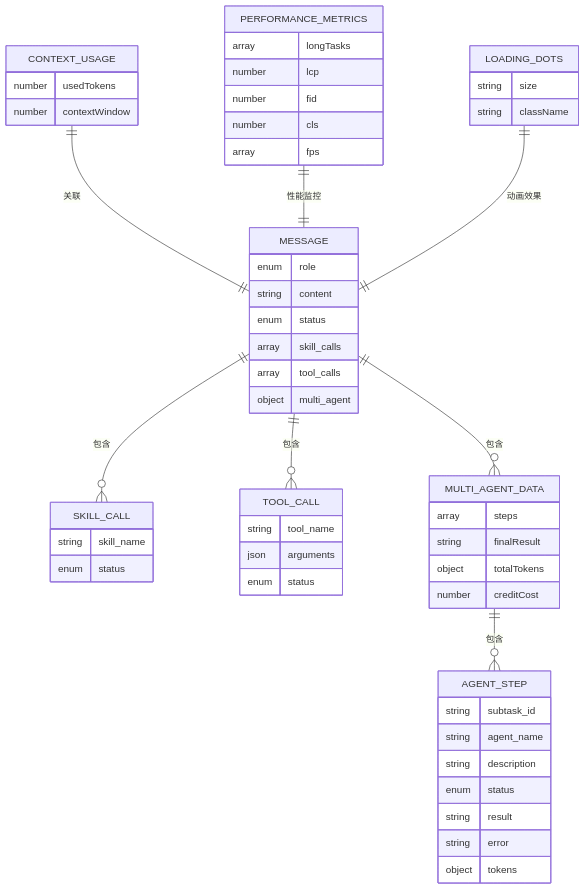
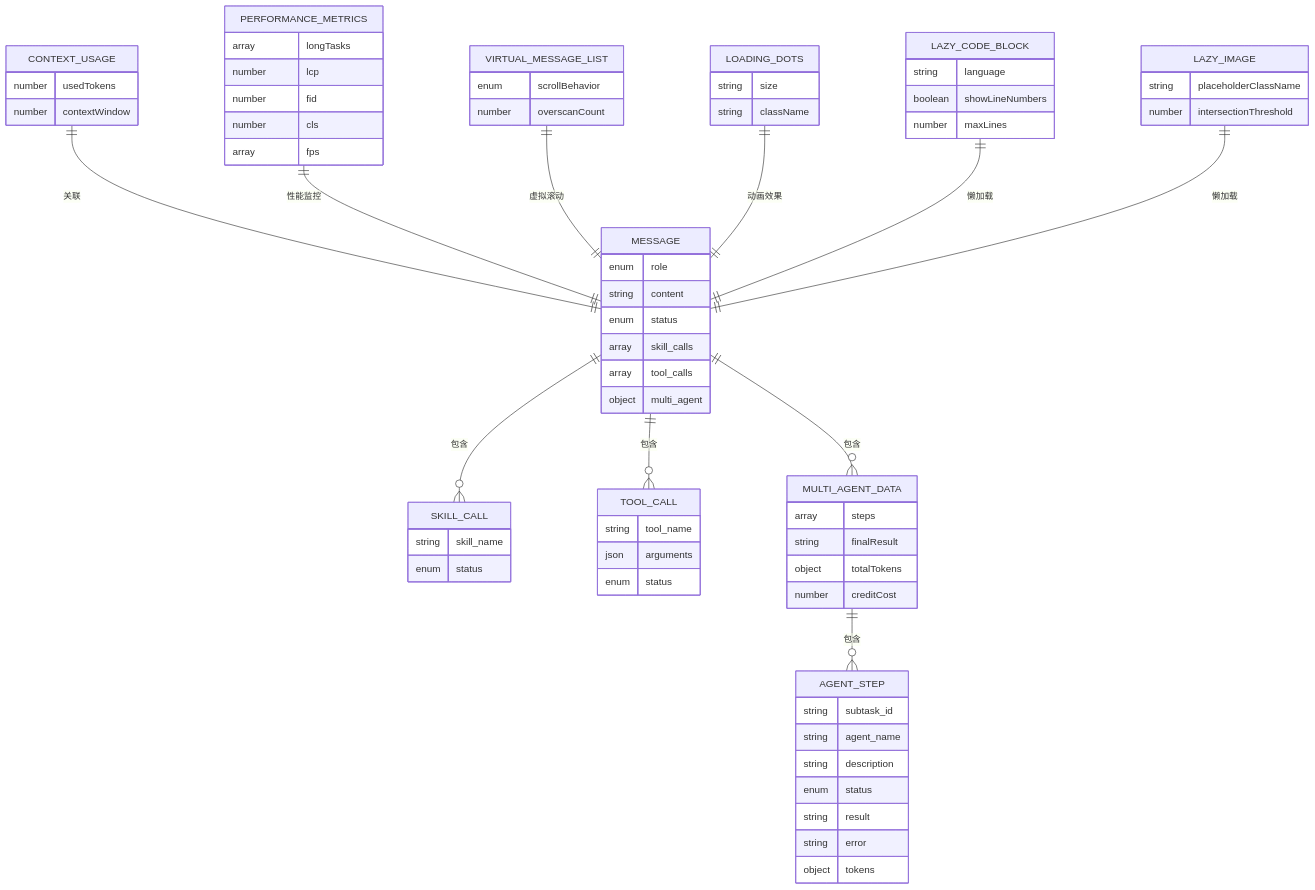
Diagram 15 of 24 in .qoder/repowiki/zh/content/前端应用架构/UI组件库/画布组件系统/AI助手面板.md (KunLabAI/KunFlix), drawn with Mermaid before and after one commit. The commit also changed other lines of this file and 22 other files, not shown here.

````diff
--- a/.qoder/repowiki/zh/content/前端应用架构/UI组件库/画布组件系统/AI助手面板.md
+++ b/.qoder/repowiki/zh/content/前端应用架构/UI组件库/画布组件系统/AI助手面板.md
@@ -508,57 +674,73 @@
 ```mermaid
 erDiagram
 MESSAGE {
 enum role
 string content
 enum status
 array skill_calls
 array tool_calls
 object multi_agent
+}
+VIRTUAL_MESSAGE_LIST {
+enum scrollBehavior
+number overscanCount
 }
 CONTEXT_USAGE {
 number usedTokens
 number contextWindow
 }
 PERFORMANCE_METRICS {
 array longTasks
 number lcp
 number fid
 number cls
 array fps
 }
 SKILL_CALL {
 string skill_name
 enum status
 }
 TOOL_CALL {
 string tool_name
 json arguments
 enum status
 }
 MULTI_AGENT_DATA {
 array steps
 string finalResult
 object totalTokens
 number creditCost
 }
 AGENT_STEP {
 string subtask_id
 string agent_name
 string description
 enum status
 string result
 string error
 object tokens
 }
 LOADING_DOTS {
 string size
 string className
 }
+LAZY_CODE_BLOCK {
+string language
+boolean showLineNumbers
+number maxLines
+}
+LAZY_IMAGE {
+string placeholderClassName
+number intersectionThreshold
+}
 MESSAGE ||--o{ SKILL_CALL : "包含"
 MESSAGE ||--o{ TOOL_CALL : "包含"
 MESSAGE ||--o{ MULTI_AGENT_DATA : "包含"
 MULTI_AGENT_DATA ||--o{ AGENT_STEP : "包含"
 CONTEXT_USAGE ||--|| MESSAGE : "关联"
 PERFORMANCE_METRICS ||--|| MESSAGE : "性能监控"
+VIRTUAL_MESSAGE_LIST ||--|| MESSAGE : "虚拟滚动"
 LOADING_DOTS ||--|| MESSAGE : "动画效果"
+LAZY_CODE_BLOCK ||--|| MESSAGE : "懒加载"
+LAZY_IMAGE ||--|| MESSAGE : "懒加载"
 ```
````
